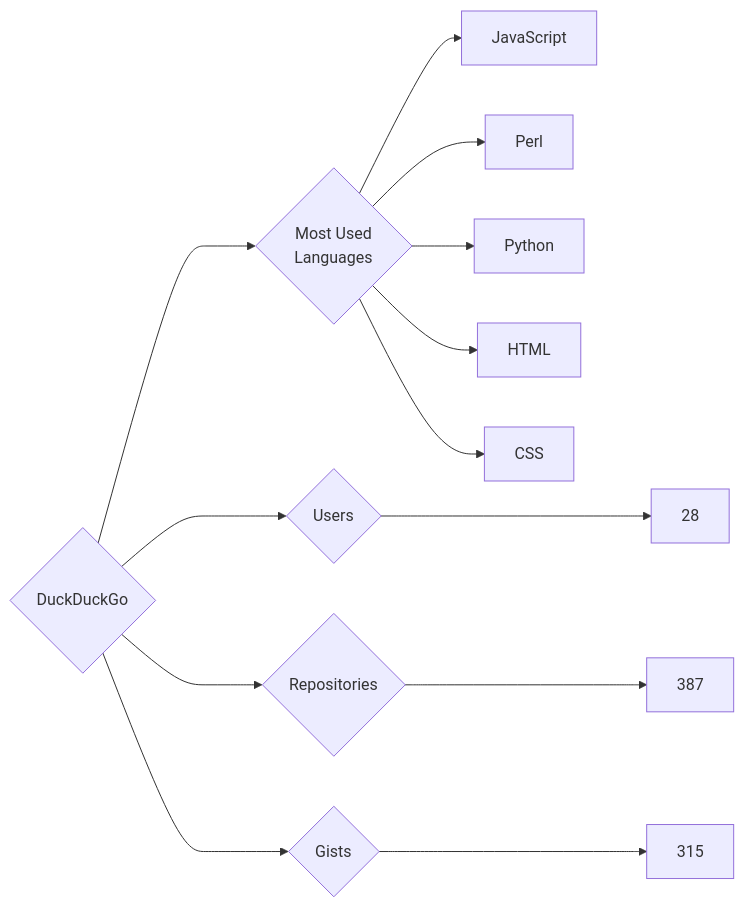
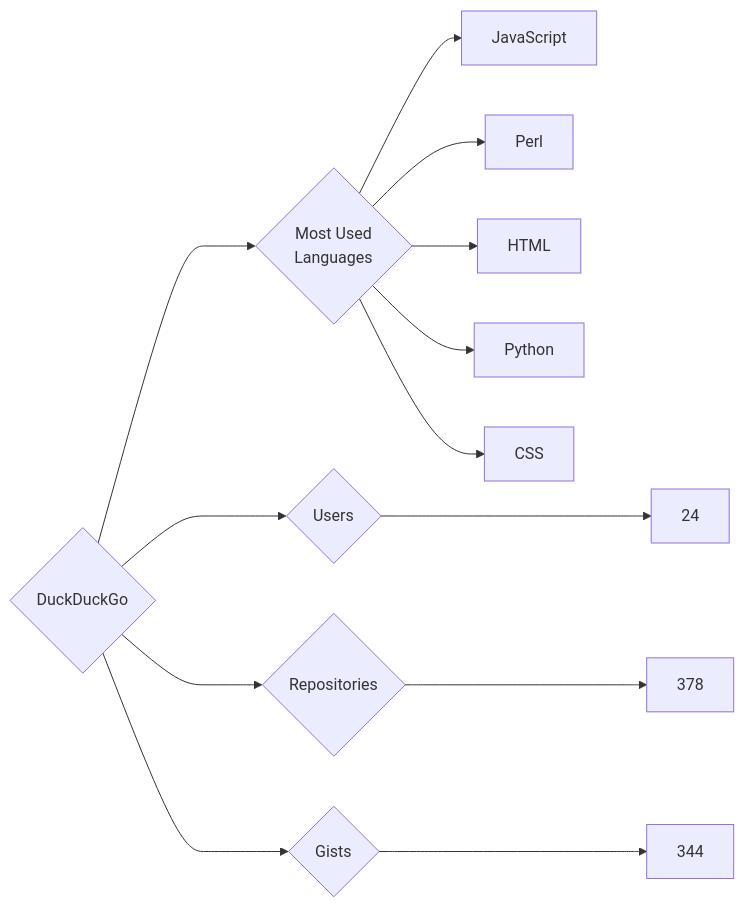
One commit to trickest/insiders changed the diagram in targets/DuckDuckGo/README.md. Above: the diagram before and after it, drawn with Mermaid. The commit also changed 1195 other files, not shown here.

````diff
--- a/targets/DuckDuckGo/README.md
+++ b/targets/DuckDuckGo/README.md
@@ -3,13 +3,13 @@
 ```mermaid
 graph LR
 COMPANY_NAME{DuckDuckGo}
-COMPANY_NAME ---> U{Users} ---> UN[28]
-COMPANY_NAME ---> R{Repositories} ---> RN[387]
-COMPANY_NAME ---> G{Gists} ---> GN[315]
+COMPANY_NAME ---> U{Users} ---> UN[24]
+COMPANY_NAME ---> R{Repositories} ---> RN[378]
+COMPANY_NAME ---> G{Gists} ---> GN[344]
 COMPANY_NAME ---> ML{Most Used<br>Languages}
 ML --> JavaScript[JavaScript]
 ML --> Perl[Perl]
+ML --> HTML[HTML]
 ML --> Python[Python]
-ML --> HTML[HTML]
 ML --> CSS[CSS]
 ```
````
